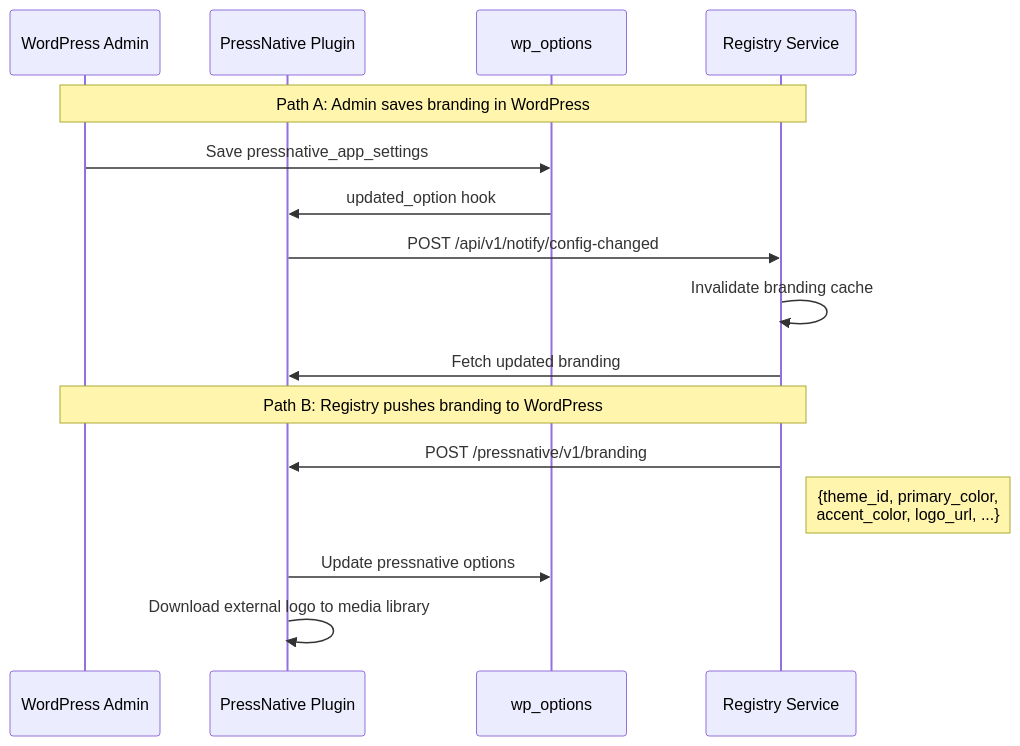
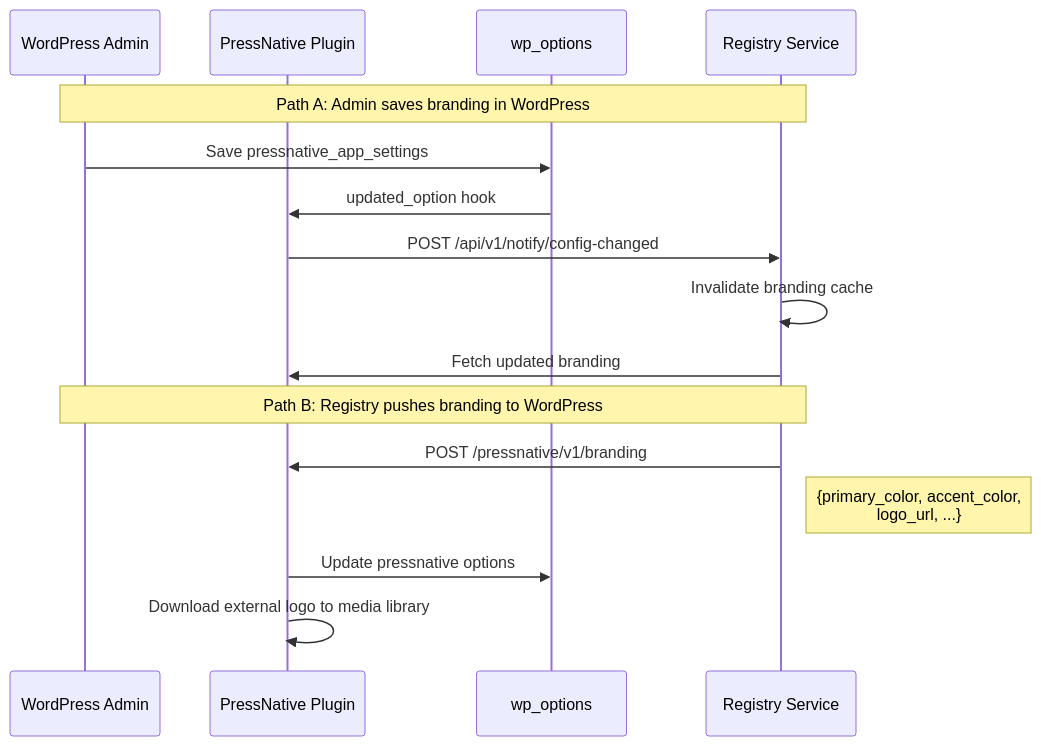
The fourth of 7 diagrams in docs/ARCHITECTURE.md (PressNative-app/plugin), drawn with Mermaid before and after one commit. The commit also changed other lines of this file and 10 other files, not shown here.

````diff
--- a/docs/ARCHITECTURE.md
+++ b/docs/ARCHITECTURE.md
@@ -103,20 +103,20 @@
 ```mermaid
 sequenceDiagram
     participant WPAdmin as WordPress Admin
     participant Plugin as PressNative Plugin
     participant WP as wp_options
     participant Registry as Registry Service
 
     Note over WPAdmin,Registry: Path A: Admin saves branding in WordPress
     WPAdmin->>WP: Save pressnative_app_settings
     WP->>Plugin: updated_option hook
     Plugin->>Registry: POST /api/v1/notify/config-changed
     Registry->>Registry: Invalidate branding cache
     Registry->>Plugin: Fetch updated branding
 
     Note over WPAdmin,Registry: Path B: Registry pushes branding to WordPress
     Registry->>Plugin: POST /pressnative/v1/branding
-    Note right of Registry: {theme_id, primary_color,<br/>accent_color, logo_url, ...}
+    Note right of Registry: {primary_color, accent_color,<br/>logo_url, ...}
     Plugin->>WP: Update pressnative options
     Plugin->>Plugin: Download external logo to media library
 ```
````
